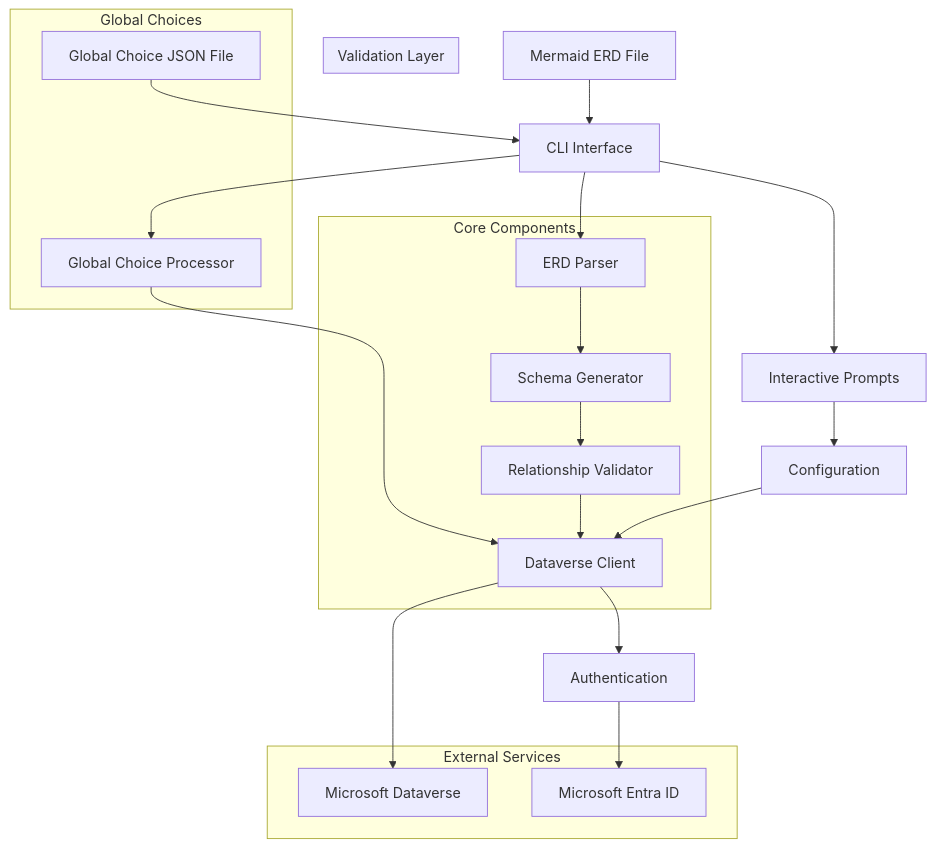
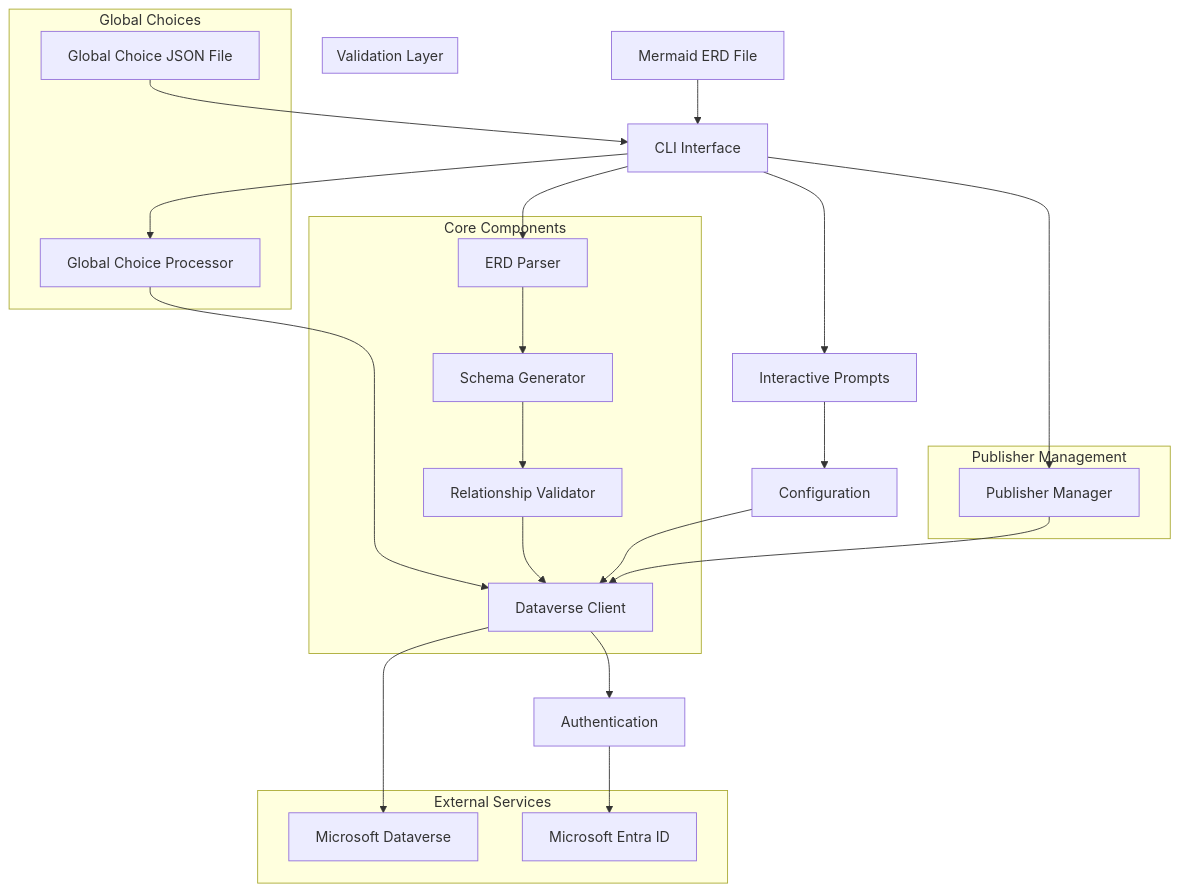
One commit to LuiseFreese/mermaid changed the first of 3 diagrams in docs/ARCHITECTURE.md. Above: the diagram before and after it, drawn with Mermaid. The commit also changed other lines of this file, not shown here.

Commit message:
:memo: adds docs for publisher management

````diff
--- a/docs/ARCHITECTURE.md
+++ b/docs/ARCHITECTURE.md
@@ -5,41 +5,47 @@
 ```mermaid
 graph TB
     A[Mermaid ERD File] --> B[CLI Interface]
     L[Global Choice JSON File] --> B
     B --> C[ERD Parser]
     C --> D[Schema Generator]
     D --> E[Relationship Validator]
     E --> F[Dataverse Client]
     F --> G[Microsoft Dataverse]
     
     B --> H[Interactive Prompts]
     H --> I[Configuration]
     I --> F
     
     F --> J[Authentication]
     J --> K[Microsoft Entra ID]
     
     subgraph "Core Components"
         C
         D
         E
         F
     end
     
     subgraph "External Services"
         G
         K
     end
     
     subgraph "Validation Layer"
         E
     end
     
     subgraph "Global Choices"
         L
         M[Global Choice Processor]
     end
     
+    subgraph "Publisher Management"
+        N[Publisher Manager]
+    end
+    
     B --> M
     M --> F
+    B --> N
+    N --> F
 ```
````
